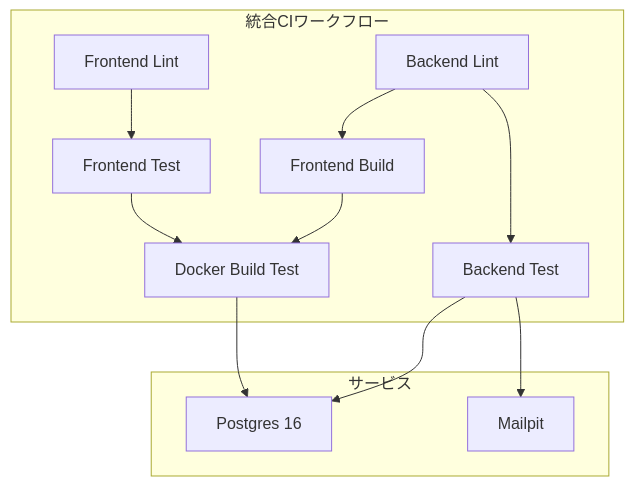
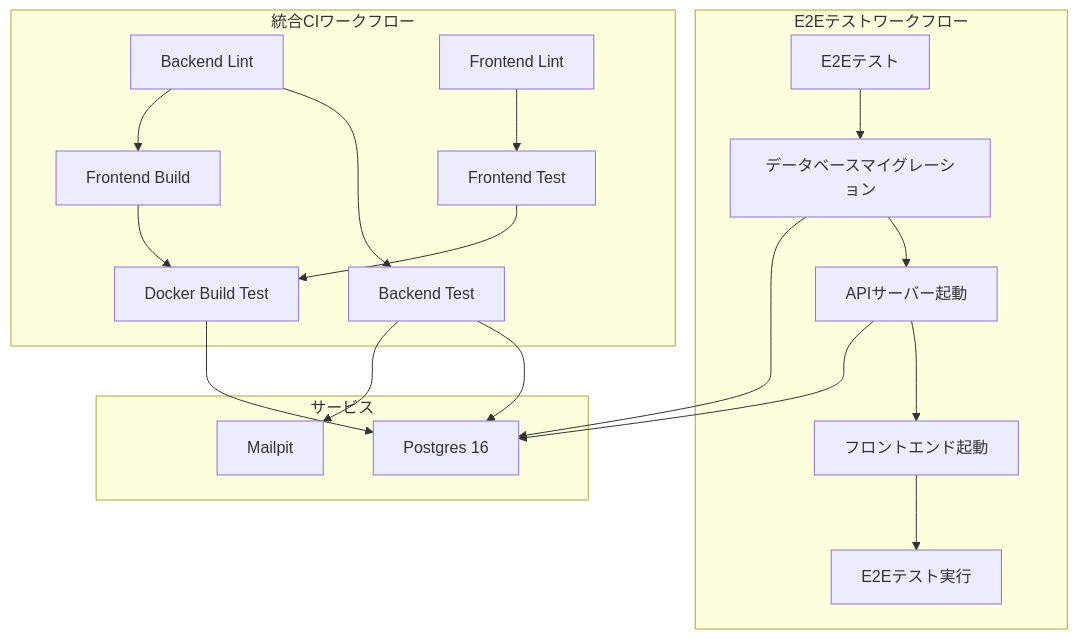
The second of 5 diagrams in .qoder/repowiki/ja/content/開発ワークフロー/CI_CDパイプライン.md (ss8806/Todos), drawn with Mermaid before and after one commit. The commit also changed other lines of this file and 4 other files, not shown here.

````diff
--- a/.qoder/repowiki/ja/content/開発ワークフロー/CI_CDパイプライン.md
+++ b/.qoder/repowiki/ja/content/開発ワークフロー/CI_CDパイプライン.md
@@ -141,23 +169,36 @@
 ```mermaid
 graph TB
 subgraph "統合CIワークフロー"
 BL["Backend Lint"]
 BT["Backend Test"]
 FL["Frontend Lint"]
 FT["Frontend Test"]
 FB["Frontend Build"]
 DBT["Docker Build Test"]
 BL --> BT
 FL --> FT
 BL --> FB
 FB --> DBT
 FT --> DBT
 end
+subgraph "E2Eテストワークフロー"
+E2E["E2Eテスト"]
+EM["データベースマイグレーション"]
+AS["APIサーバー起動"]
+FS["フロントエンド起動"]
+ET["E2Eテスト実行"]
+E2E --> EM
+EM --> AS
+AS --> FS
+FS --> ET
+end
 subgraph "サービス"
 PG["Postgres 16"]
 MP["Mailpit"]
 end
 BT --> PG
 DBT --> PG
 BT --> MP
+EM --> PG
+AS --> PG
 ```
````
